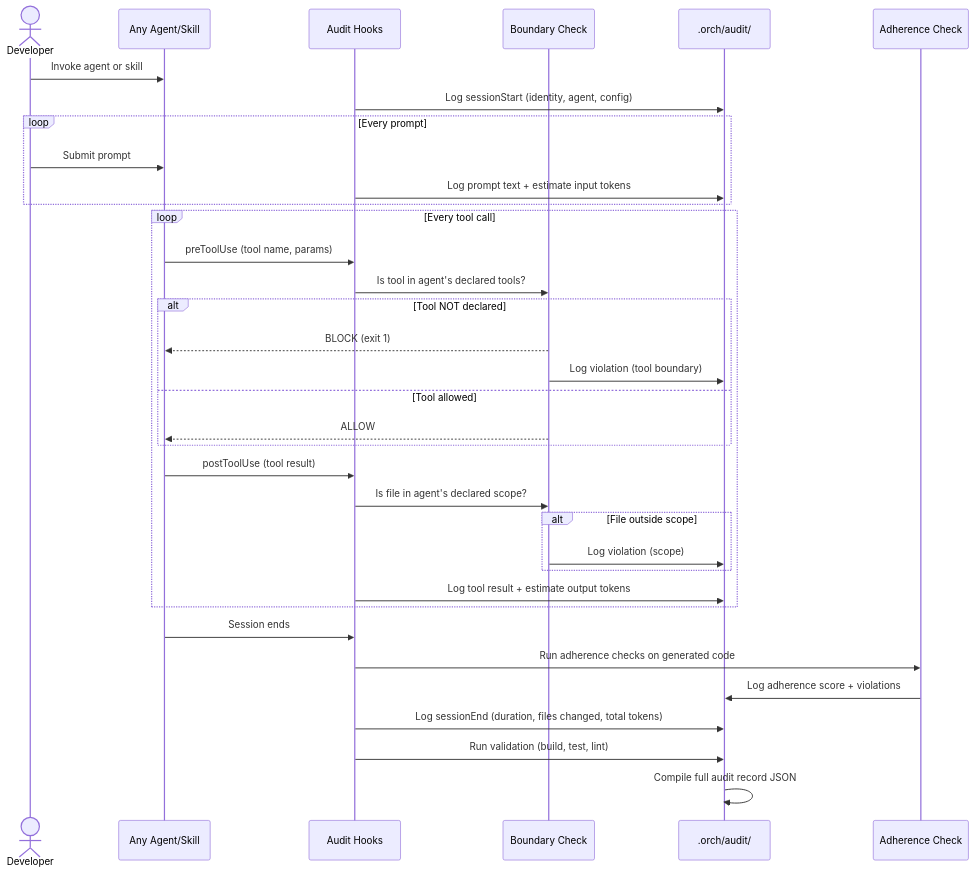
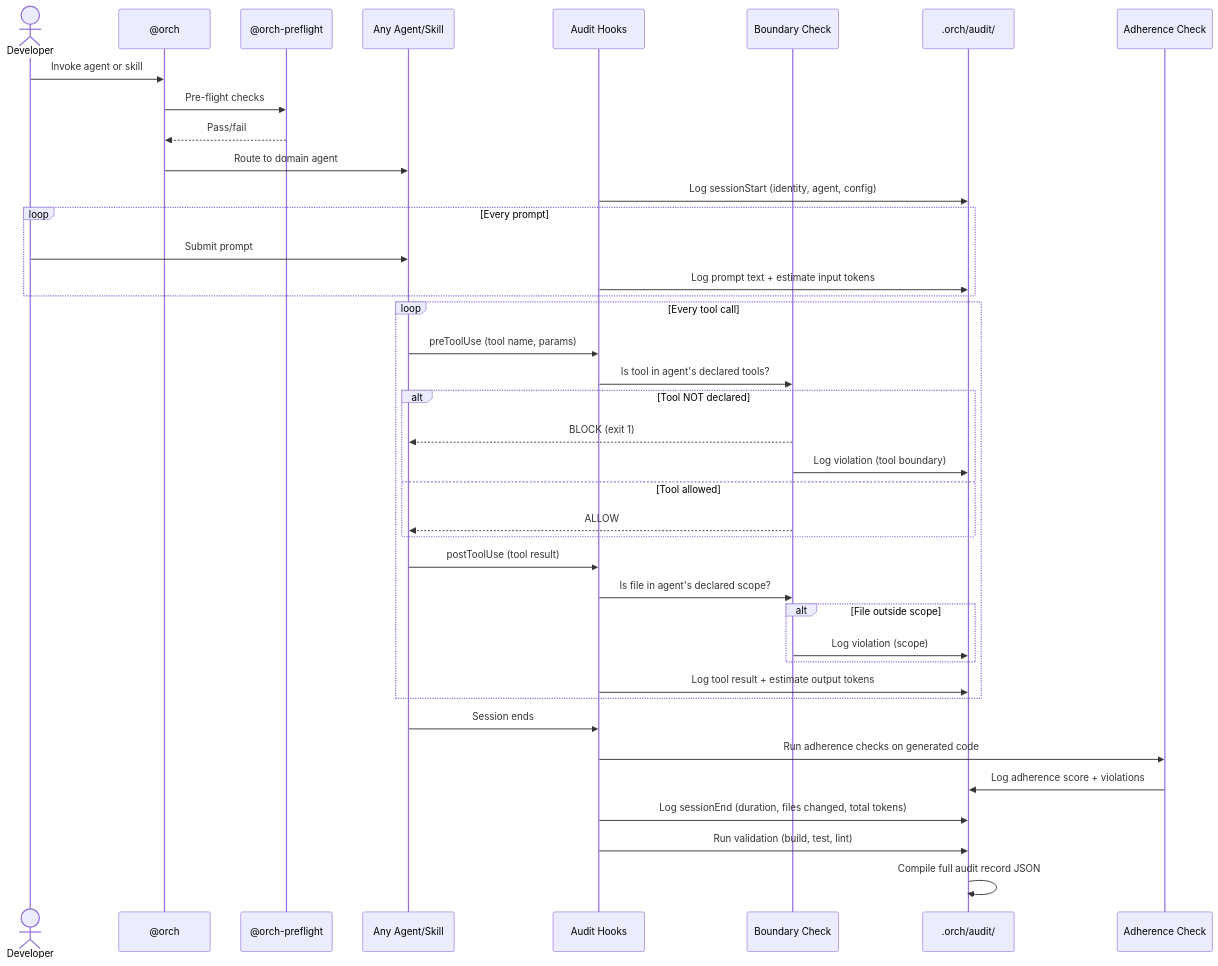
Diagram 13 of 17 in docs/tech.md (oneinthebox/vscode-ghcp-agents), drawn with Mermaid before and after one commit. The commit also changed other lines of this file and 11 other files, not shown here.

````diff
--- a/docs/tech.md
+++ b/docs/tech.md
@@ -723,42 +806,47 @@
 ```mermaid
 sequenceDiagram
     actor Dev as Developer
+    participant Orch as @orch
+    participant PF as @orch-preflight
     participant Agent as Any Agent/Skill
     participant AH as Audit Hooks
     participant AB as Boundary Check
     participant AS as .orch/audit/
     participant AC as Adherence Check
 
-    Dev->>Agent: Invoke agent or skill
+    Dev->>Orch: Invoke agent or skill
+    Orch->>PF: Pre-flight checks
+    PF-->>Orch: Pass/fail
+    Orch->>Agent: Route to domain agent
     AH->>AS: Log sessionStart (identity, agent, config)
 
     loop Every prompt
         Dev->>Agent: Submit prompt
         AH->>AS: Log prompt text + estimate input tokens
     end
 
     loop Every tool call
         Agent->>AH: preToolUse (tool name, params)
         AH->>AB: Is tool in agent's declared tools?
         alt Tool NOT declared
             AB-->>Agent: BLOCK (exit 1)
             AB->>AS: Log violation (tool boundary)
         else Tool allowed
             AB-->>Agent: ALLOW
         end
 
         Agent->>AH: postToolUse (tool result)
         AH->>AB: Is file in agent's declared scope?
         alt File outside scope
             AB->>AS: Log violation (scope)
         end
         AH->>AS: Log tool result + estimate output tokens
     end
 
     Agent->>AH: Session ends
     AH->>AC: Run adherence checks on generated code
     AC->>AS: Log adherence score + violations
     AH->>AS: Log sessionEnd (duration, files changed, total tokens)
     AH->>AS: Run validation (build, test, lint)
     AS->>AS: Compile full audit record JSON
 ```
````
